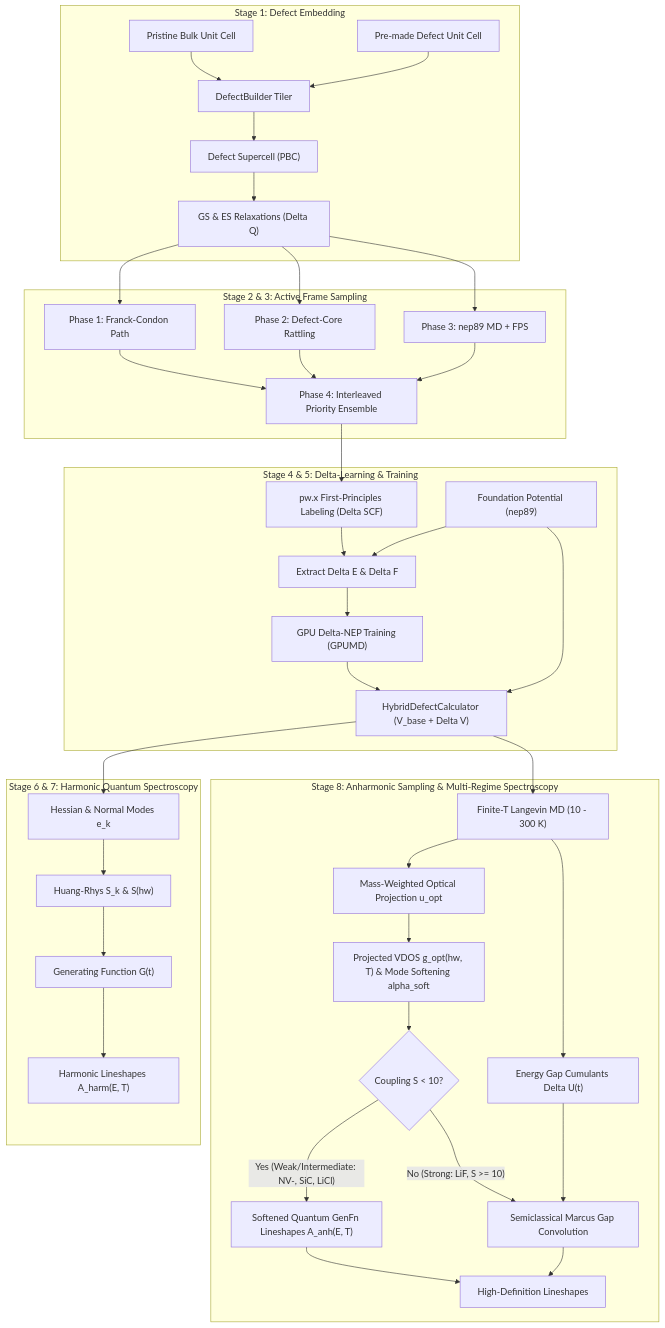
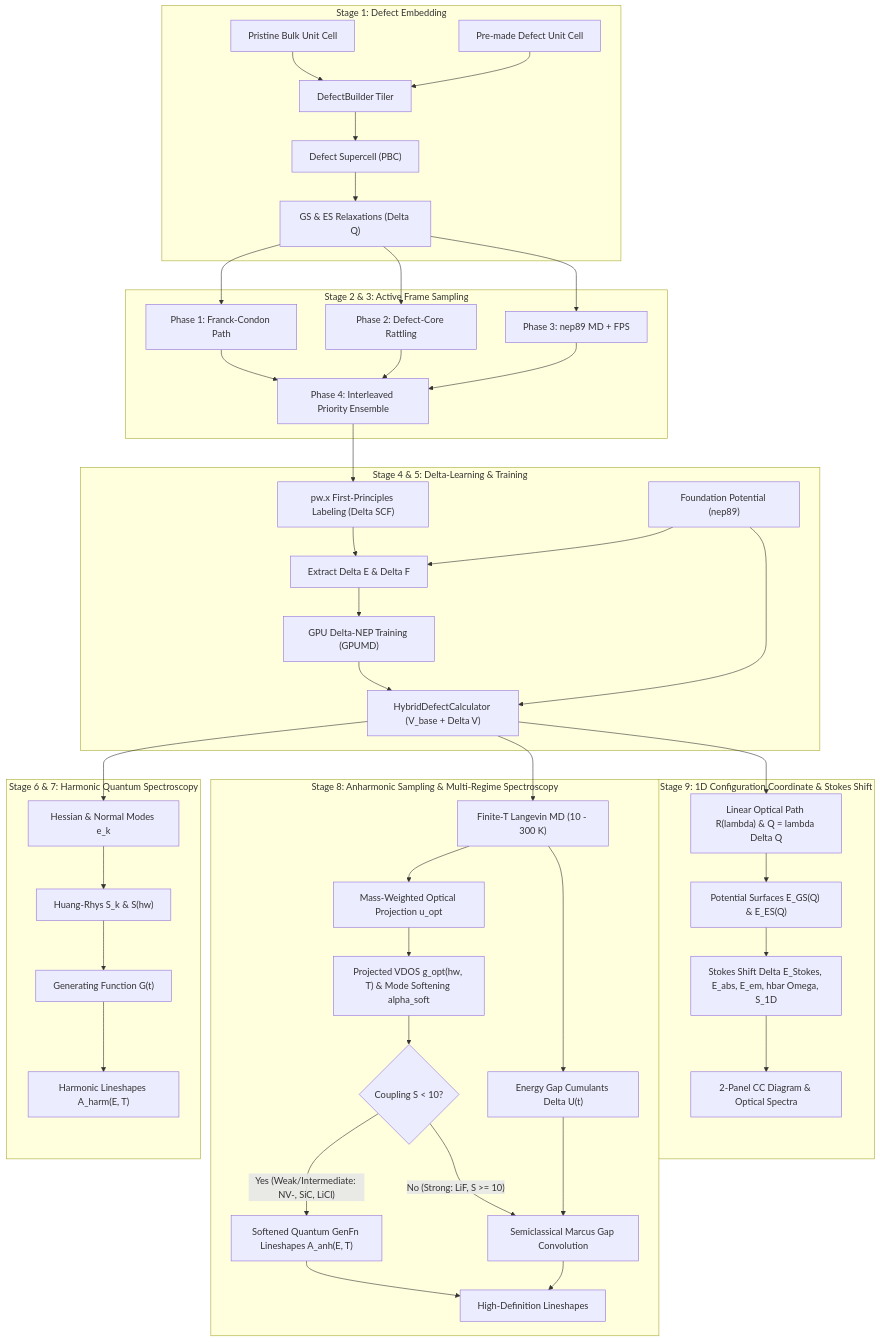
The diagram in docs/THEORY_WALKTHROUGH.md (gsurfer04/HyDePh), drawn with Mermaid before and after one commit. The commit also changed other lines of this file and 11 other files, not shown here.

First line of the commit message:
feat(cc): Add 1D configuration coordinate curves and Stokes shift analysis (v0.3.1)

````diff
--- a/docs/THEORY_WALKTHROUGH.md
+++ b/docs/THEORY_WALKTHROUGH.md
@@ -24,47 +24,54 @@
 ```mermaid
 flowchart TD
     subgraph S1["Stage 1: Defect Embedding"]
         Pristine["Pristine Bulk Unit Cell"] --> Builder["DefectBuilder Tiler"]
         Defect["Pre-made Defect Unit Cell"] --> Builder
         Builder --> SC["Defect Supercell (PBC)"]
         SC --> Relax["GS & ES Relaxations (Delta Q)"]
     end
 
     subgraph S2["Stage 2 & 3: Active Frame Sampling"]
         Relax --> FC["Phase 1: Franck-Condon Path"]
         Relax --> Rattle["Phase 2: Defect-Core Rattling"]
         Relax --> MD["Phase 3: nep89 MD + FPS"]
         FC --> Priority["Phase 4: Interleaved Priority Ensemble"]
         Rattle --> Priority
         MD --> Priority
     end
 
     subgraph S3["Stage 4 & 5: Delta-Learning & Training"]
         Priority --> QE["pw.x First-Principles Labeling (Delta SCF)"]
         BasePot["Foundation Potential (nep89)"] --> Subtract["Extract Delta E & Delta F"]
         QE --> Subtract
         Subtract --> NEP["GPU Delta-NEP Training (GPUMD)"]
         NEP --> Calc["HybridDefectCalculator (V_base + Delta V)"]
         BasePot --> Calc
     end
 
     subgraph S4["Stage 6 & 7: Harmonic Quantum Spectroscopy"]
         Calc --> Hessian["Hessian & Normal Modes e_k"]
         Hessian --> Sk["Huang-Rhys S_k & S(hw)"]
         Sk --> GenFunc["Generating Function G(t)"]
         GenFunc --> HarmPL["Harmonic Lineshapes A_harm(E, T)"]
     end
 
     subgraph S5["Stage 8: Anharmonic Sampling & Multi-Regime Spectroscopy"]
         Calc --> LangMD["Finite-T Langevin MD (10 - 300 K)"]
         LangMD --> Proj["Mass-Weighted Optical Projection u_opt"]
         Proj --> VACF["Projected VDOS g_opt(hw, T) & Mode Softening alpha_soft"]
         LangMD --> DeltaU["Energy Gap Cumulants Delta U(t)"]
         VACF --> Regimes{"Coupling S < 10?"}
         Regimes -->|"Yes (Weak/Intermediate: NV-, SiC, LiCl)"| SoftGen["Softened Quantum GenFn Lineshapes A_anh(E, T)"]
         Regimes -->|"No (Strong: LiF, S >= 10)"| MarcusConv["Semiclassical Marcus Gap Convolution"]
         DeltaU --> MarcusConv
         SoftGen --> FinalPL["High-Definition Lineshapes"]
         MarcusConv --> FinalPL
     end
+
+    subgraph S6["Stage 9: 1D Configuration Coordinate & Stokes Shift"]
+        Calc --> CCScan["Linear Optical Path R(lambda) & Q = lambda Delta Q"]
+        CCScan --> PES["Potential Surfaces E_GS(Q) & E_ES(Q)"]
+        PES --> Stokes["Stokes Shift Delta E_Stokes, E_abs, E_em, hbar Omega, S_1D"]
+        Stokes --> CCDiag["2-Panel CC Diagram & Optical Spectra"]
+    end
 ```
````
